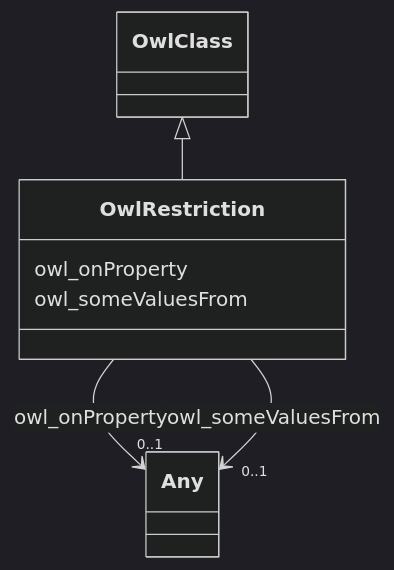
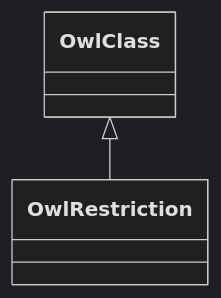
The diagram in fio-kg/classes/OwlRestriction.md (frink-okn/graph-descriptions), drawn with Mermaid (dark theme) before and after one commit. The commit also changed other lines of this file and 501 other files, not shown here.

````diff
--- a/fio-kg/classes/OwlRestriction.md
+++ b/fio-kg/classes/OwlRestriction.md
@@ -23,27 +23,9 @@
 ```mermaid
  classDiagram
     class OwlRestriction
     click OwlRestriction href "../OwlRestriction"
       OwlClass <|-- OwlRestriction
         click OwlClass href "../OwlClass"
       
-      OwlRestriction : owl_onProperty
-        
-          
-    
-    
-    OwlRestriction --> "0..1" Any : owl_onProperty
-    click Any href "../Any"
-
-        
-      OwlRestriction : owl_someValuesFrom
-        
-          
-    
-    
-    OwlRestriction --> "0..1" Any : owl_someValuesFrom
-    click Any href "../Any"
-
-        
       
 ```
````
